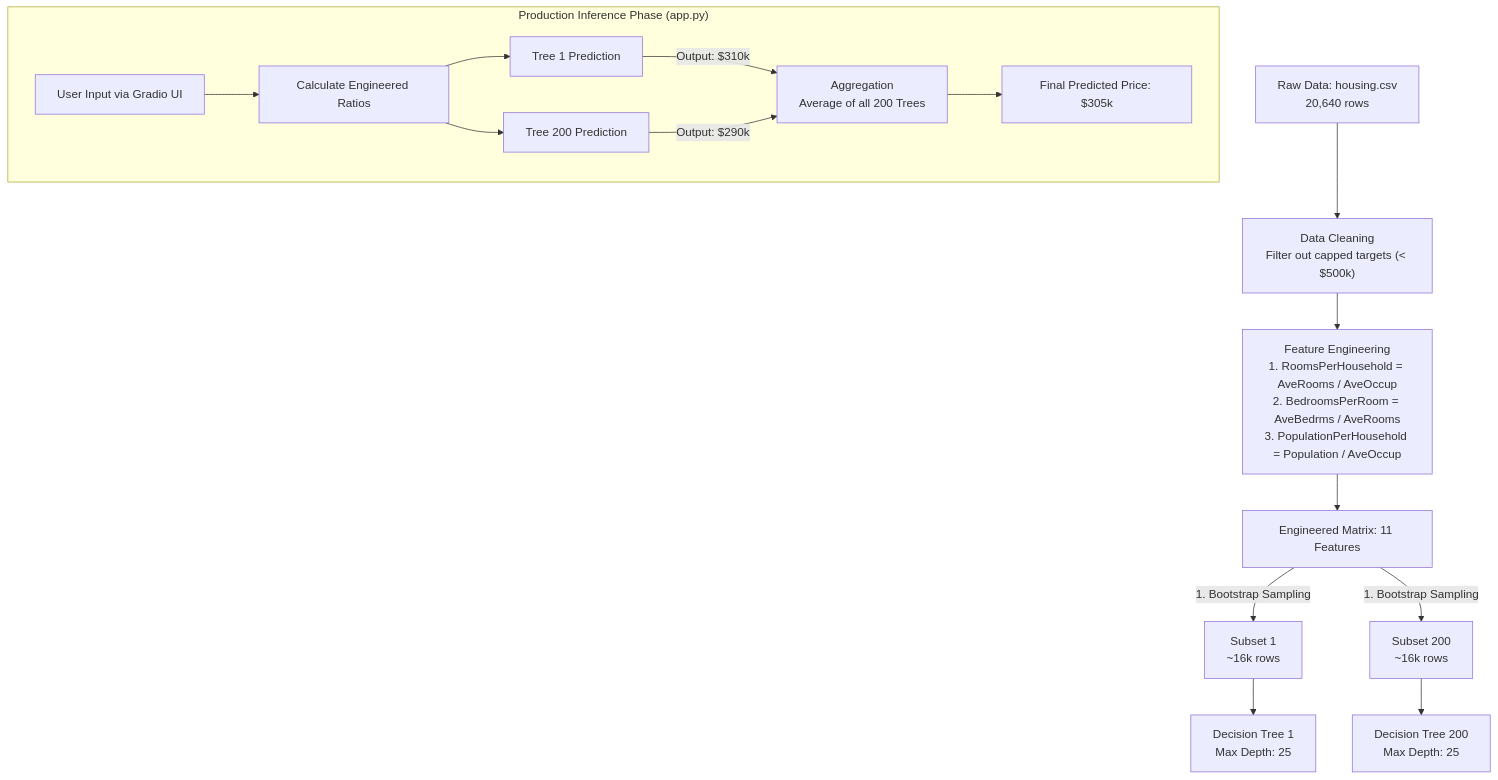
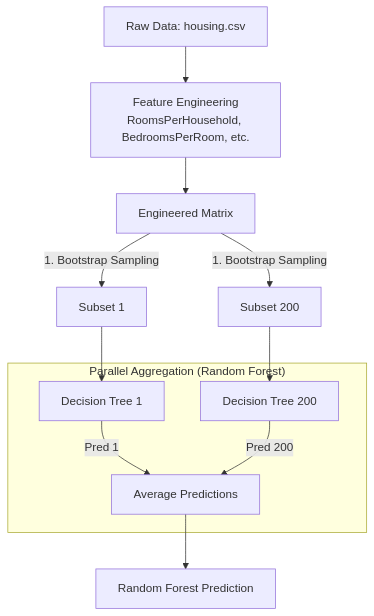
One commit to Saumojit30/mlops-base changed the first of 2 diagrams in MODEL_CARD.md. Above: the diagram before and after it, drawn with Mermaid. The commit also changed other lines of this file, not shown here.

Commit message:
docs: Update MODEL_CARD.md with v2.0 XGBoost architecture and comparative metrics

````diff
--- a/MODEL_CARD.md
+++ b/MODEL_CARD.md
@@ -25,28 +24,18 @@
 ```mermaid
 flowchart TD
-    %% Preprocessing & Feature Engineering
-    RawData[Raw Data: housing.csv\n20,640 rows] --> DataClean["Data Cleaning\nFilter out capped targets (< $500k)"]
-    DataClean --> FE["Feature Engineering\n1. RoomsPerHousehold = AveRooms / AveOccup\n2. BedroomsPerRoom = AveBedrms / AveRooms\n3. PopulationPerHousehold = Population / AveOccup"]
+    RawData[Raw Data: housing.csv] --> FE["Feature Engineering\nRoomsPerHousehold, BedroomsPerRoom, etc."]
+    FE --> A[Engineered Matrix]
+
+    A -->|1. Bootstrap Sampling| B1[Subset 1]
+    A -->|1. Bootstrap Sampling| BN[Subset 200]
+
+    B1 --> T1[Decision Tree 1]
+    BN --> TN[Decision Tree 200]
+
+    subgraph "Parallel Aggregation (Random Forest)"
+        T1 -->|Pred 1| Agg[Average Predictions]
+        TN -->|Pred 200| Agg
+    end
     
-    FE --> A[Engineered Matrix: 11 Features]
-
-    %% Training Phase
-    A -->|1. Bootstrap Sampling| B1[Subset 1\n~16k rows]
-    A -->|1. Bootstrap Sampling| BN[Subset 200\n~16k rows]
-
-    %% Tree Growth
-    B1 --> T1[Decision Tree 1\nMax Depth: 25]
-    BN --> TN[Decision Tree 200\nMax Depth: 25]
-
-    %% Inference Phase
-    subgraph "Production Inference Phase (app.py)"
-        NewData[User Input via Gradio UI] --> FE_Infer[Calculate Engineered Ratios]
-        FE_Infer --> Infer1[Tree 1 Prediction]
-        FE_Infer --> InferN[Tree 200 Prediction]
-        
-        Infer1 -->|Output: $310k| Agg[Aggregation\nAverage of all 200 Trees]
-        InferN -->|Output: $290k| Agg
-        
-        Agg --> Final[Final Predicted Price: $305k]
-    end
+    Agg --> FinalRF[Random Forest Prediction]
 ```
````
